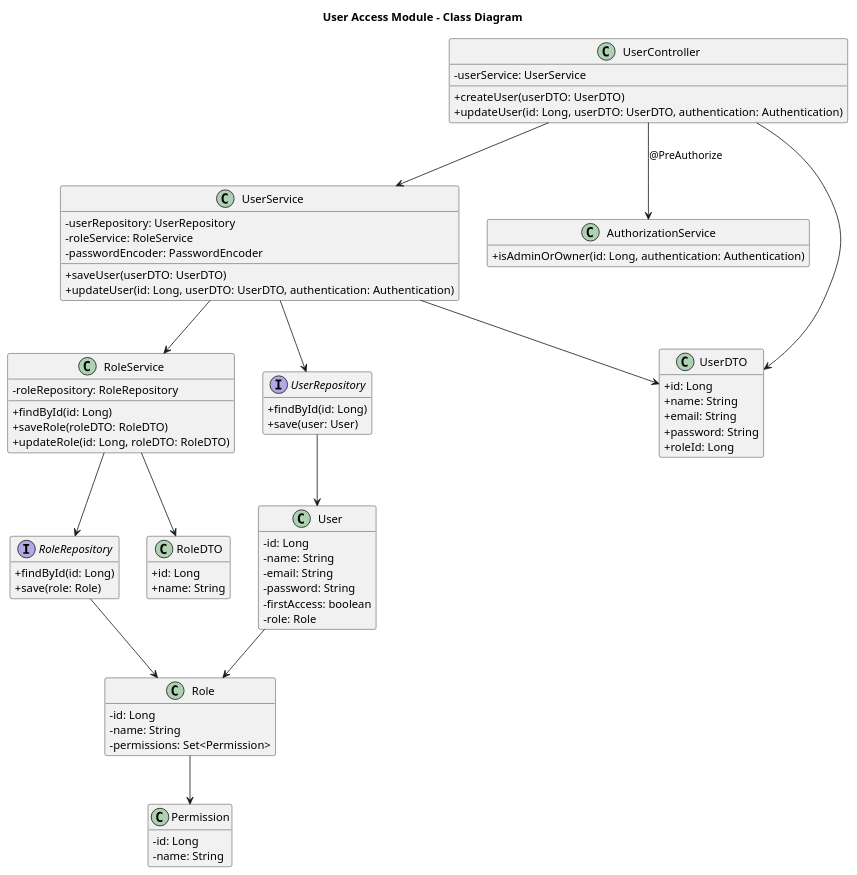
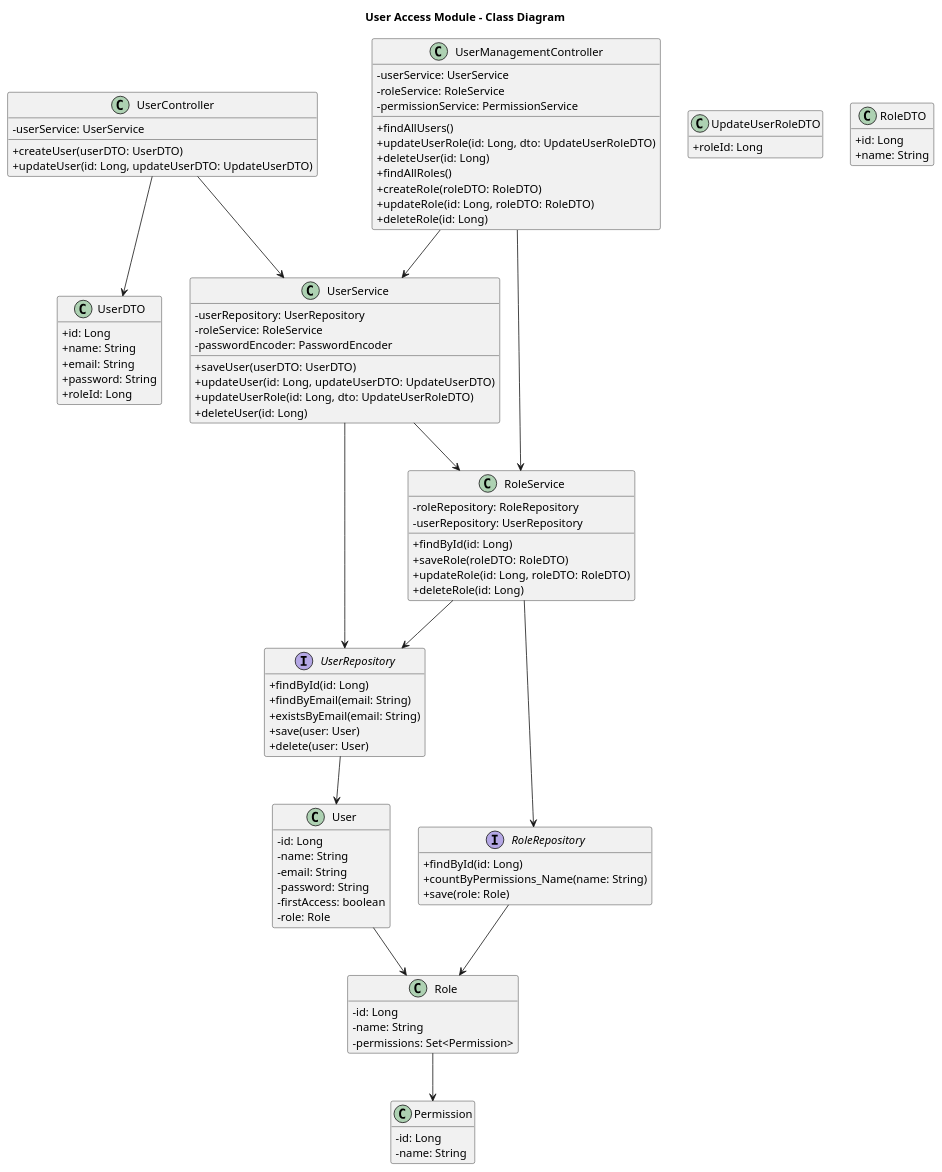
One commit to Lucasjapa/hydro-flow changed the diagram in docs/c4/code/user-access-classes.puml. Above: the diagram before and after it, drawn with PlantUML. The commit also changed 24 other files, not shown here.

```diff
--- a/docs/c4/code/user-access-classes.puml
+++ b/docs/c4/code/user-access-classes.puml
@@ -1,89 +1,110 @@
 @startuml user-access-classes
 title User Access Module - Class Diagram
 
 skinparam classAttributeIconSize 0
 top to bottom direction
 hide empty members
 
 class UserController {
   - userService: UserService
   + createUser(userDTO: UserDTO)
-  + updateUser(id: Long, userDTO: UserDTO, authentication: Authentication)
+  + updateUser(id: Long, updateUserDTO: UpdateUserDTO)
+}
+
+class UserManagementController {
+  - userService: UserService
+  - roleService: RoleService
+  - permissionService: PermissionService
+  + findAllUsers()
+  + updateUserRole(id: Long, dto: UpdateUserRoleDTO)
+  + deleteUser(id: Long)
+  + findAllRoles()
+  + createRole(roleDTO: RoleDTO)
+  + updateRole(id: Long, roleDTO: RoleDTO)
+  + deleteRole(id: Long)
 }
 
 class UserService {
   - userRepository: UserRepository
   - roleService: RoleService
   - passwordEncoder: PasswordEncoder
   + saveUser(userDTO: UserDTO)
-  + updateUser(id: Long, userDTO: UserDTO, authentication: Authentication)
-}
-
-class AuthorizationService {
-  + isAdminOrOwner(id: Long, authentication: Authentication)
+  + updateUser(id: Long, updateUserDTO: UpdateUserDTO)
+  + updateUserRole(id: Long, dto: UpdateUserRoleDTO)
+  + deleteUser(id: Long)
 }
 
 class RoleService {
   - roleRepository: RoleRepository
+  - userRepository: UserRepository
   + findById(id: Long)
   + saveRole(roleDTO: RoleDTO)
   + updateRole(id: Long, roleDTO: RoleDTO)
+  + deleteRole(id: Long)
 }
 
 interface UserRepository {
   + findById(id: Long)
+  + findByEmail(email: String)
+  + existsByEmail(email: String)
   + save(user: User)
+  + delete(user: User)
 }
 
 interface RoleRepository {
   + findById(id: Long)
+  + countByPermissions_Name(name: String)
   + save(role: Role)
 }
 
 class User {
   - id: Long
   - name: String
   - email: String
   - password: String
   - firstAccess: boolean
   - role: Role
 }
 
 class Role {
   - id: Long
   - name: String
   - permissions: Set<Permission>
 }
 
 class Permission {
   - id: Long
   - name: String
 }
 
 class UserDTO {
   + id: Long
   + name: String
   + email: String
   + password: String
   + roleId: Long
 }
 
+class UpdateUserRoleDTO {
+  + roleId: Long
+}
+
 class RoleDTO {
   + id: Long
   + name: String
 }
 
 UserController --> UserService
-UserController --> AuthorizationService : "@PreAuthorize"
+UserManagementController --> UserService
+UserManagementController --> RoleService
 UserController --> UserDTO
 UserService --> UserRepository
 UserService --> RoleService
-UserService --> UserDTO
 RoleService --> RoleRepository
-RoleService --> RoleDTO
+RoleService --> UserRepository
 UserRepository --> User
 RoleRepository --> Role
 User --> Role
 Role --> Permission
 
 @enduml
```
